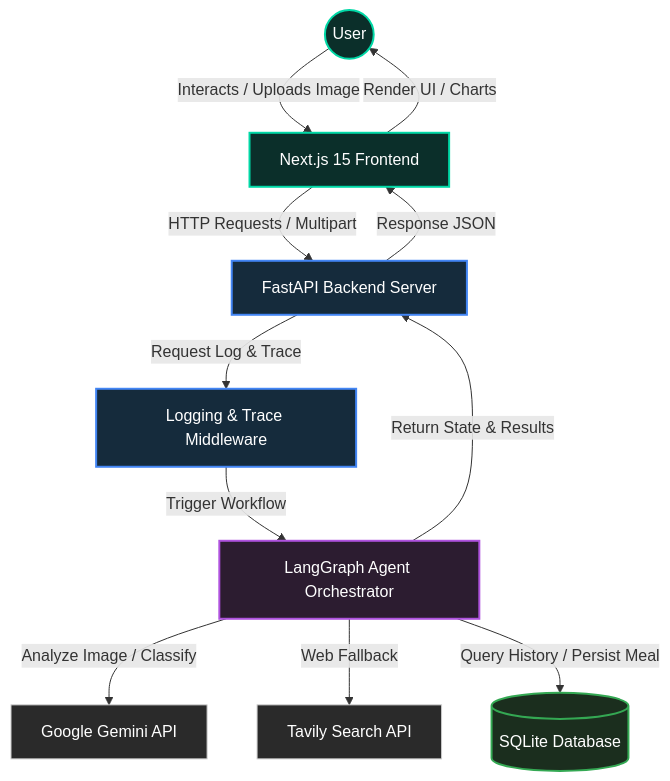
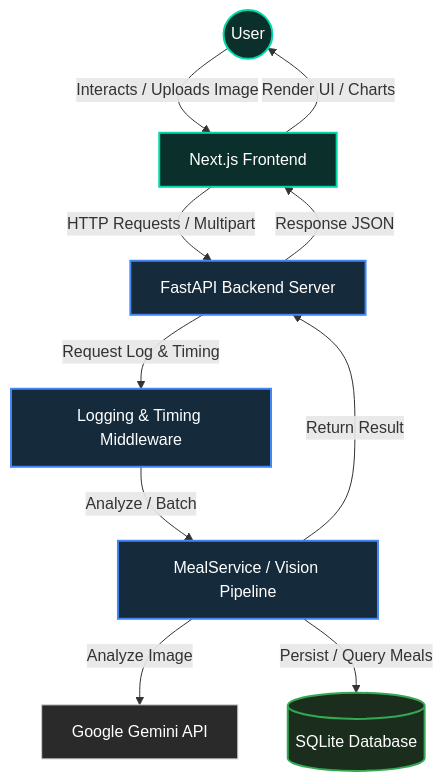
The first of 2 diagrams in README.md (mariiammaysara/Veonix), drawn with Mermaid before and after one commit. The commit also changed other lines of this file and 58 other files, not shown here.

````diff
--- a/README.md
+++ b/README.md
@@ -56,33 +54,30 @@
 ```mermaid
 graph TD
     %% Styling
     classDef client fill:#0B2F2A,stroke:#00D8A6,stroke-width:2px,color:#fff;
     classDef backend fill:#152B3C,stroke:#4285F4,stroke-width:2px,color:#fff;
-    classDef agent fill:#2C1C30,stroke:#AF52DE,stroke-width:2px,color:#fff;
     classDef database fill:#1B2E1E,stroke:#34A853,stroke-width:2px,color:#fff;
     classDef external fill:#2A2A2A,stroke:#CCCCCC,stroke-width:1px,color:#fff;
 
     %% Nodes
     User((User)):::client
-    Frontend[Next.js 15 Frontend]:::client
+    Frontend[Next.js Frontend]:::client
     FastAPI[FastAPI Backend Server]:::backend
-    Middleware[Logging & Trace Middleware]:::backend
-    Orchestrator[LangGraph Agent Orchestrator]:::agent
+    Middleware[Logging & Timing Middleware]:::backend
+    MealService[MealService / Vision Pipeline]:::backend
     DB[(SQLite Database)]:::database
     GeminiAPI[Google Gemini API]:::external
-    TavilyAPI[Tavily Search API]:::external
 
     %% Relationships
     User -->|Interacts / Uploads Image| Frontend
     Frontend -->|HTTP Requests / Multipart| FastAPI
-    FastAPI -->|Request Log & Trace| Middleware
-    Middleware -->|Trigger Workflow| Orchestrator
-    
-    Orchestrator -->|"Analyze Image / Classify"| GeminiAPI
-    Orchestrator -->|Web Fallback| TavilyAPI
-    Orchestrator -->|Query History / Persist Meal| DB
-    
-    Orchestrator -->|Return State & Results| FastAPI
+    FastAPI -->|Request Log & Timing| Middleware
+    Middleware -->|Analyze / Batch| MealService
+
+    MealService -->|"Analyze Image"| GeminiAPI
+    MealService -->|Persist / Query Meals| DB
+
+    MealService -->|Return Result| FastAPI
     FastAPI -->|Response JSON| Frontend
     Frontend -->|Render UI / Charts| User
 ```
````
